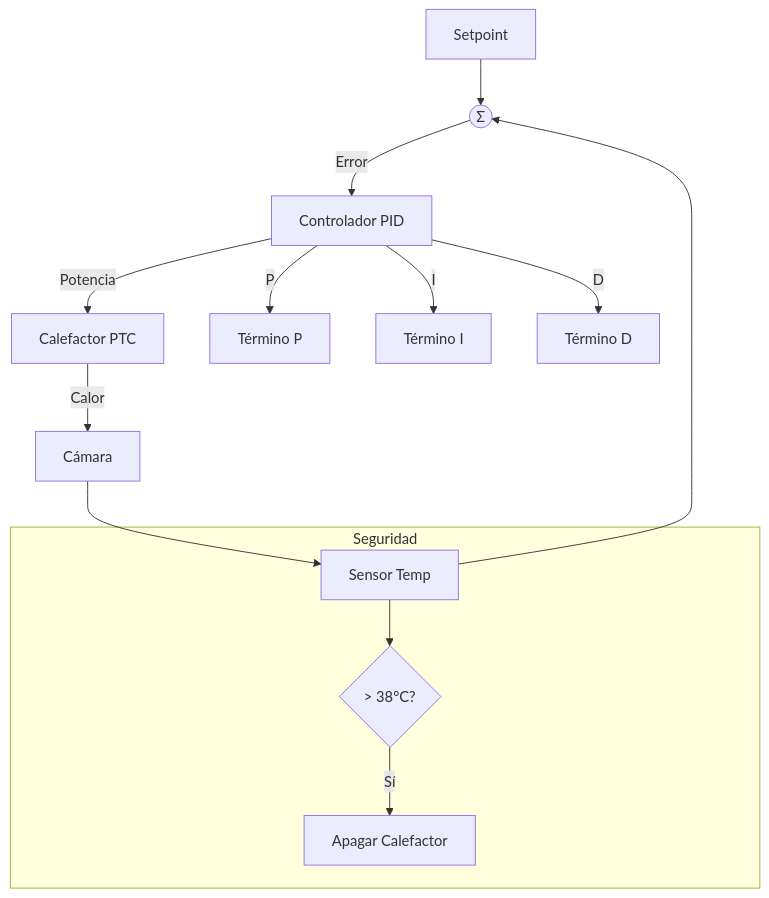
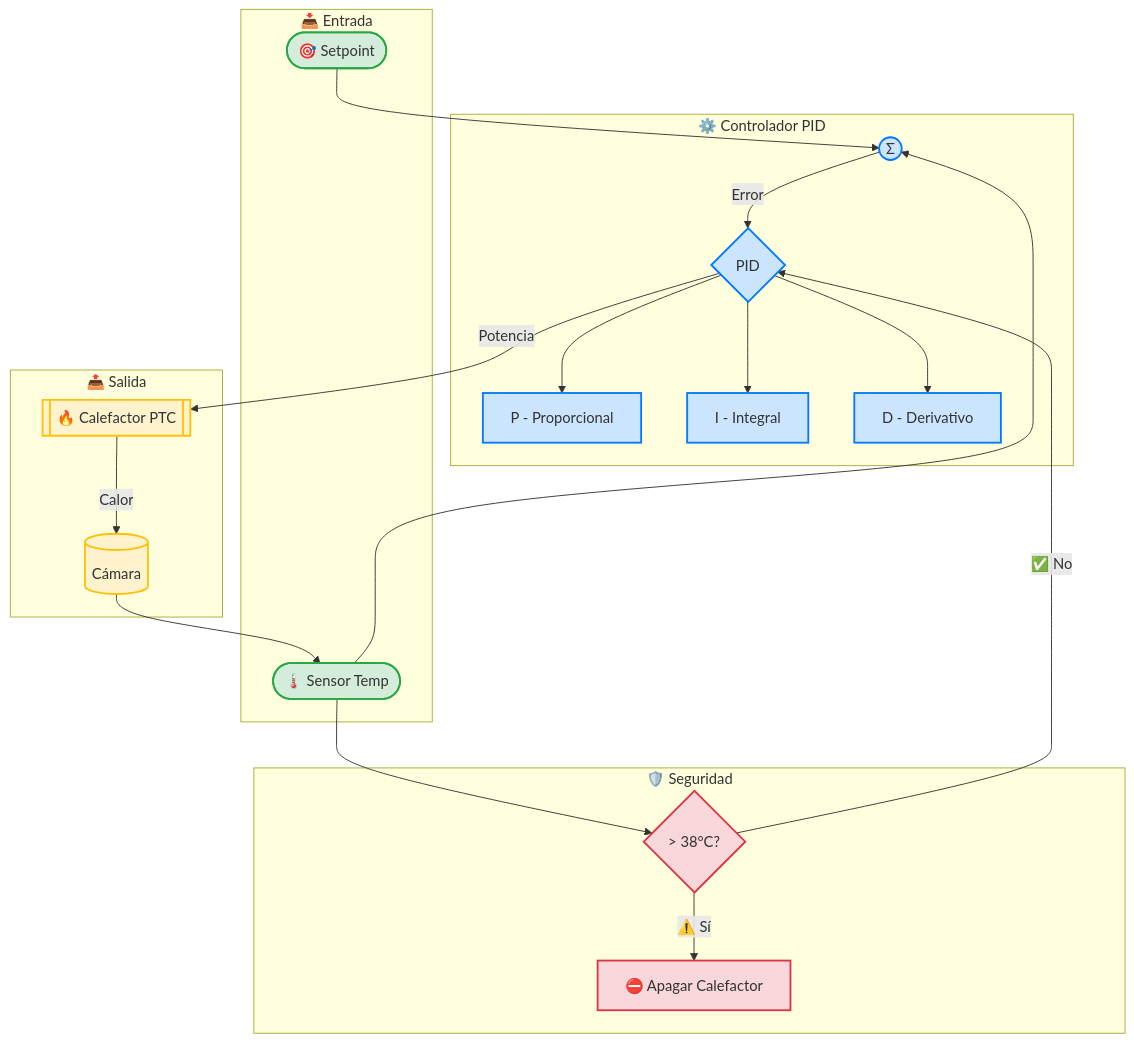
Before and after one commit to medicalopenworld/IncuNest-Docs: the diagram in docs/docs/software/firmware/control-system.md, drawn with Mermaid. The commit also changed 11 other files, not shown here.

Commit message:
Update Spanish documentation diagrams to beautiful mermaid style

````diff
--- a/docs/docs/software/firmware/control-system.md
+++ b/docs/docs/software/firmware/control-system.md
@@ -458,18 +458,51 @@
 ```mermaid
 graph TD
-    SP[Setpoint] --> SUM((Σ))
-    TEMP[Sensor Temp] --> SUM
-    SUM --> |Error| PID[Controlador PID]
-    PID --> |Potencia| HEATER[Calefactor PTC]
-    HEATER --> |Calor| CHAMBER[Cámara]
+    subgraph entrada [📥 Entrada]
+        SP([🎯 Setpoint])
+        TEMP([🌡️ Sensor Temp])
+    end
+    
+    subgraph controlador [⚙️ Controlador PID]
+        SUM((Σ))
+        PID{PID}
+        P_TERM[P - Proporcional]
+        I_TERM[I - Integral]
+        D_TERM[D - Derivativo]
+    end
+    
+    subgraph salida [📤 Salida]
+        HEATER[[🔥 Calefactor PTC]]
+        CHAMBER[(Cámara)]
+    end
+    
+    subgraph seguridad [🛡️ Seguridad]
+        LIMIT{> 38°C?}
+        SHUTDOWN[⛔ Apagar Calefactor]
+    end
+    
+    SP --> SUM
+    TEMP --> SUM
+    SUM -->|Error| PID
+    
+    PID --> P_TERM
+    PID --> I_TERM
+    PID --> D_TERM
+    
+    PID -->|Potencia| HEATER
+    HEATER -->|Calor| CHAMBER
     CHAMBER --> TEMP
     
-    PID --> |P| P_TERM[Término P]
-    PID --> |I| I_TERM[Término I]
-    PID --> |D| D_TERM[Término D]
+    TEMP --> LIMIT
+    LIMIT -->|✅ No| PID
+    LIMIT -->|⚠️ Sí| SHUTDOWN
     
-    subgraph Seguridad
-        TEMP --> LIMIT{> 38°C?}
-        LIMIT --> |Sí| SHUTDOWN[Apagar Calefactor]
-    end
+    classDef input fill:#d4edda,stroke:#28a745,stroke-width:2px
+    classDef controller fill:#cce5ff,stroke:#007bff,stroke-width:2px
+    classDef output fill:#fff3cd,stroke:#ffc107,stroke-width:2px
+    classDef safety fill:#f8d7da,stroke:#dc3545,stroke-width:2px
+    
+    class SP,TEMP input
+    class SUM,PID,P_TERM,I_TERM,D_TERM controller
+    class HEATER,CHAMBER output
+    class LIMIT,SHUTDOWN safety
 ```
````
